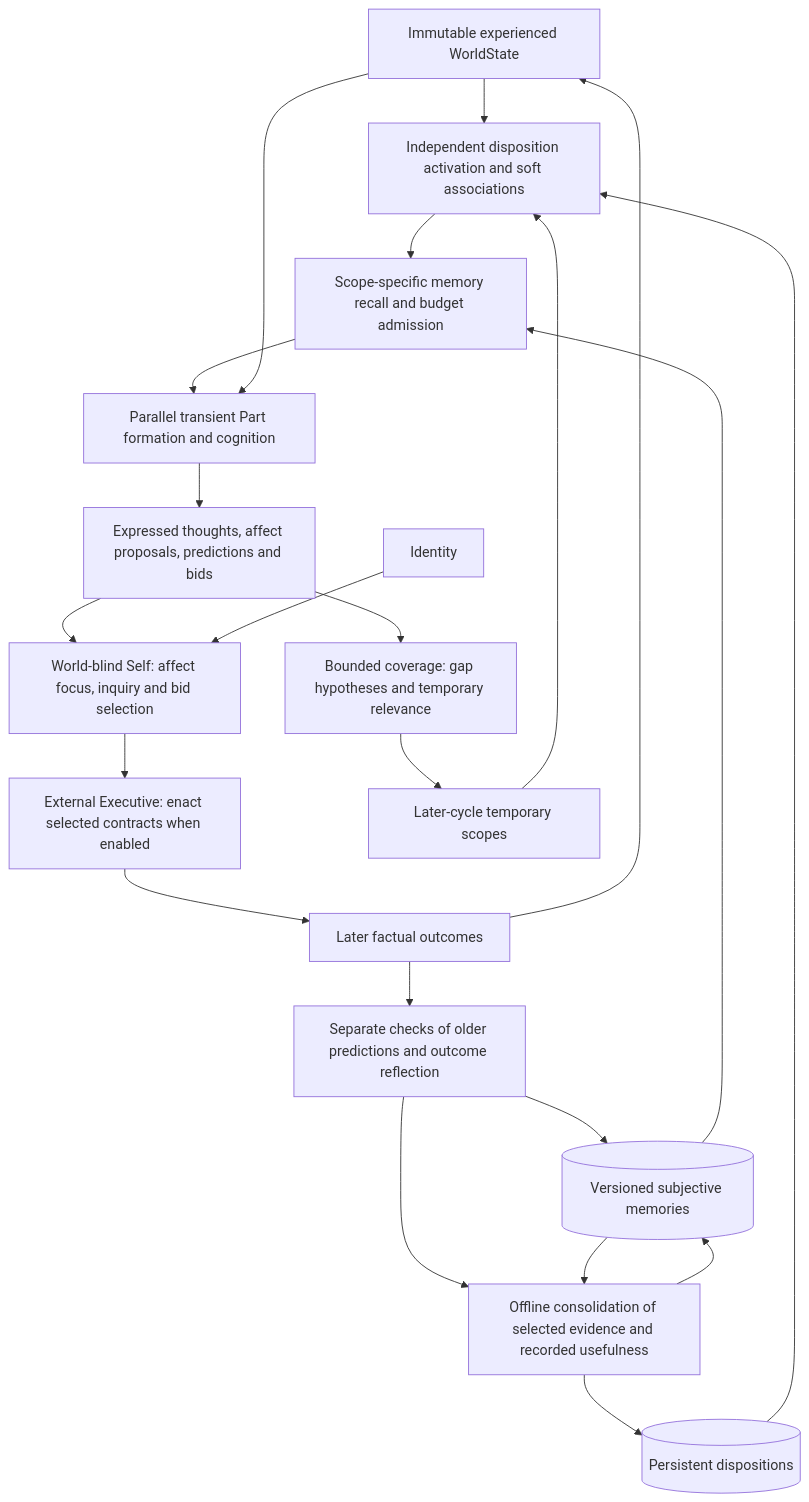
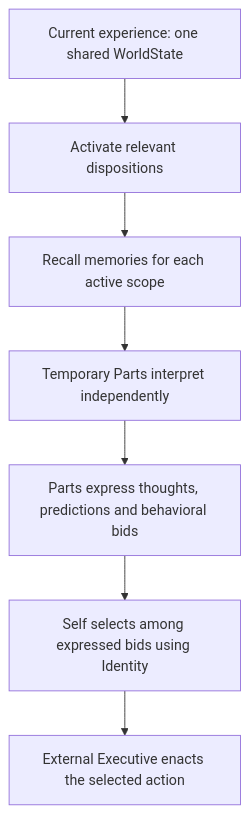
Before and after one commit to rolyataylor2/PrismaticArchitecture: the first of 2 diagrams in README.md, drawn with Mermaid. The commit also changed other lines of this file, not shown here.

Commit message:
docs: clarify Part cognition before final Self selection

````diff
--- a/README.md
+++ b/README.md
@@ -72,24 +74,9 @@
 ```mermaid
 flowchart TD
-    W[Immutable experienced WorldState] --> A[Independent disposition activation and soft associations]
-    D[(Persistent dispositions)] --> A
-    A --> R[Scope-specific memory recall and budget admission]
-    M[(Versioned subjective memories)] --> R
-    R --> P[Parallel transient Part formation and cognition]
-    W --> P
-    P --> B[Expressed thoughts, affect proposals, predictions and bids]
-    B --> S[World-blind Self: affect focus, inquiry and bid selection]
-    I[Identity] --> S
-    S --> E[External Executive: enact selected contracts when enabled]
-    E --> O[Later factual outcomes]
-    O --> W
-    O --> V[Separate checks of older predictions and outcome reflection]
-    B --> C[Bounded coverage: gap hypotheses and temporary relevance]
-    V --> M
-    C --> T[Later-cycle temporary scopes]
-    T --> A
-    V --> L[Offline consolidation of selected evidence and recorded usefulness]
-    M --> L
-    L --> D
-    L --> M
+    W[Current experience: one shared WorldState] --> D[Activate relevant dispositions]
+    D --> M[Recall memories for each active scope]
+    M --> P[Temporary Parts interpret independently]
+    P --> B[Parts express thoughts, predictions and behavioral bids]
+    B --> S[Self selects among expressed bids using Identity]
+    S --> E[External Executive enacts the selected action]
 ```
````
